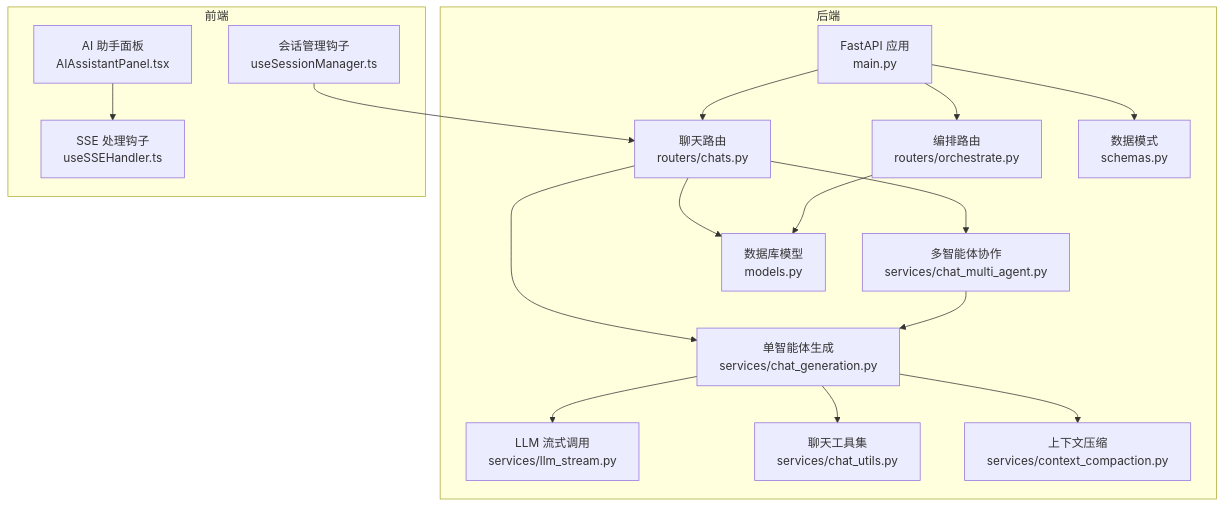
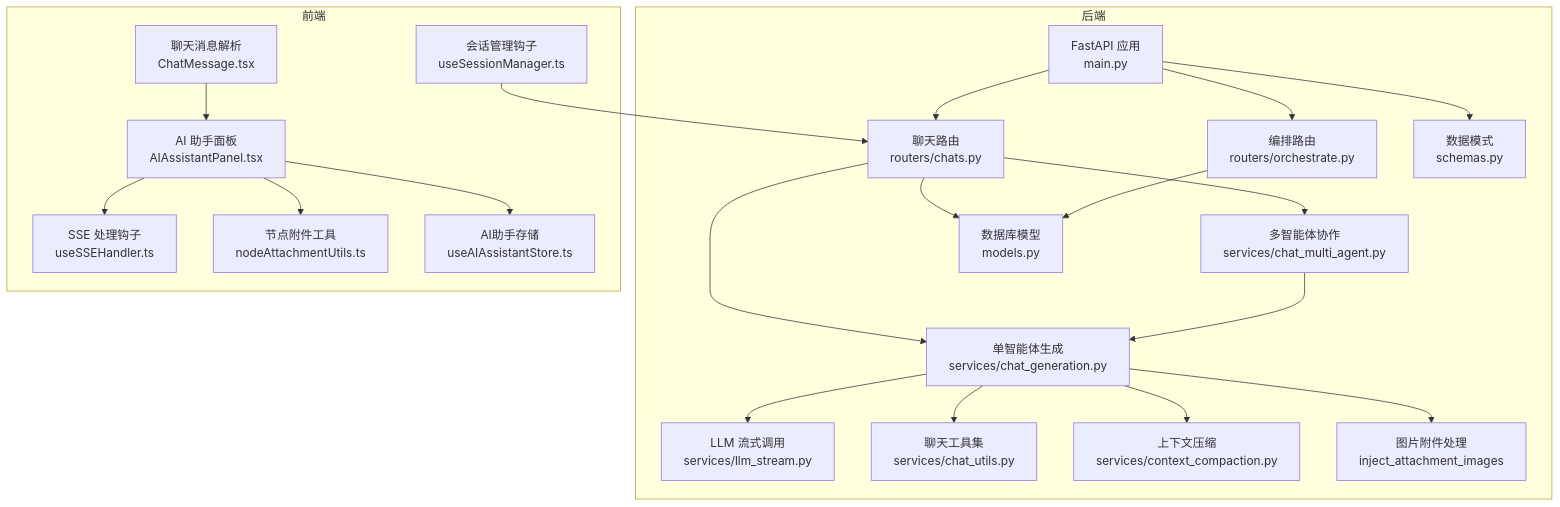
Before and after one commit to KunLabAI/KunFlix: the first of 3 diagrams in .qoder/repowiki/zh/content/API接口文档/聊天对话接口.md, drawn with Mermaid. The commit also changed other lines of this file and 12 other files, not shown here.

````diff
--- a/.qoder/repowiki/zh/content/API接口文档/聊天对话接口.md
+++ b/.qoder/repowiki/zh/content/API接口文档/聊天对话接口.md
@@ -47,33 +59,41 @@
 ```mermaid
 graph TB
 subgraph "后端"
 A["FastAPI 应用<br/>main.py"]
 B["聊天路由<br/>routers/chats.py"]
 C["编排路由<br/>routers/orchestrate.py"]
 D["单智能体生成<br/>services/chat_generation.py"]
 E["多智能体协作<br/>services/chat_multi_agent.py"]
 F["LLM 流式调用<br/>services/llm_stream.py"]
 G["聊天工具集<br/>services/chat_utils.py"]
 H["上下文压缩<br/>services/context_compaction.py"]
 I["数据库模型<br/>models.py"]
 J["数据模式<br/>schemas.py"]
+K["图片附件处理<br/>inject_attachment_images"]
 end
 subgraph "前端"
-K["SSE 处理钩子<br/>useSSEHandler.ts"]
-L["会话管理钩子<br/>useSessionManager.ts"]
-M["AI 助手面板<br/>AIAssistantPanel.tsx"]
+L["SSE 处理钩子<br/>useSSEHandler.ts"]
+M["会话管理钩子<br/>useSessionManager.ts"]
+N["AI 助手面板<br/>AIAssistantPanel.tsx"]
+O["节点附件工具<br/>nodeAttachmentUtils.ts"]
+P["AI助手存储<br/>useAIAssistantStore.ts"]
+Q["聊天消息解析<br/>ChatMessage.tsx"]
 end
 A --> B
 A --> C
 B --> D
 B --> E
 D --> F
 D --> G
+D --> K
 E --> D
 D --> H
 B --> I
 C --> I
 A --> J
-M --> K
-L --> B
+N --> L
+M --> B
+N --> O
+N --> P
+Q --> N
 ```
````
